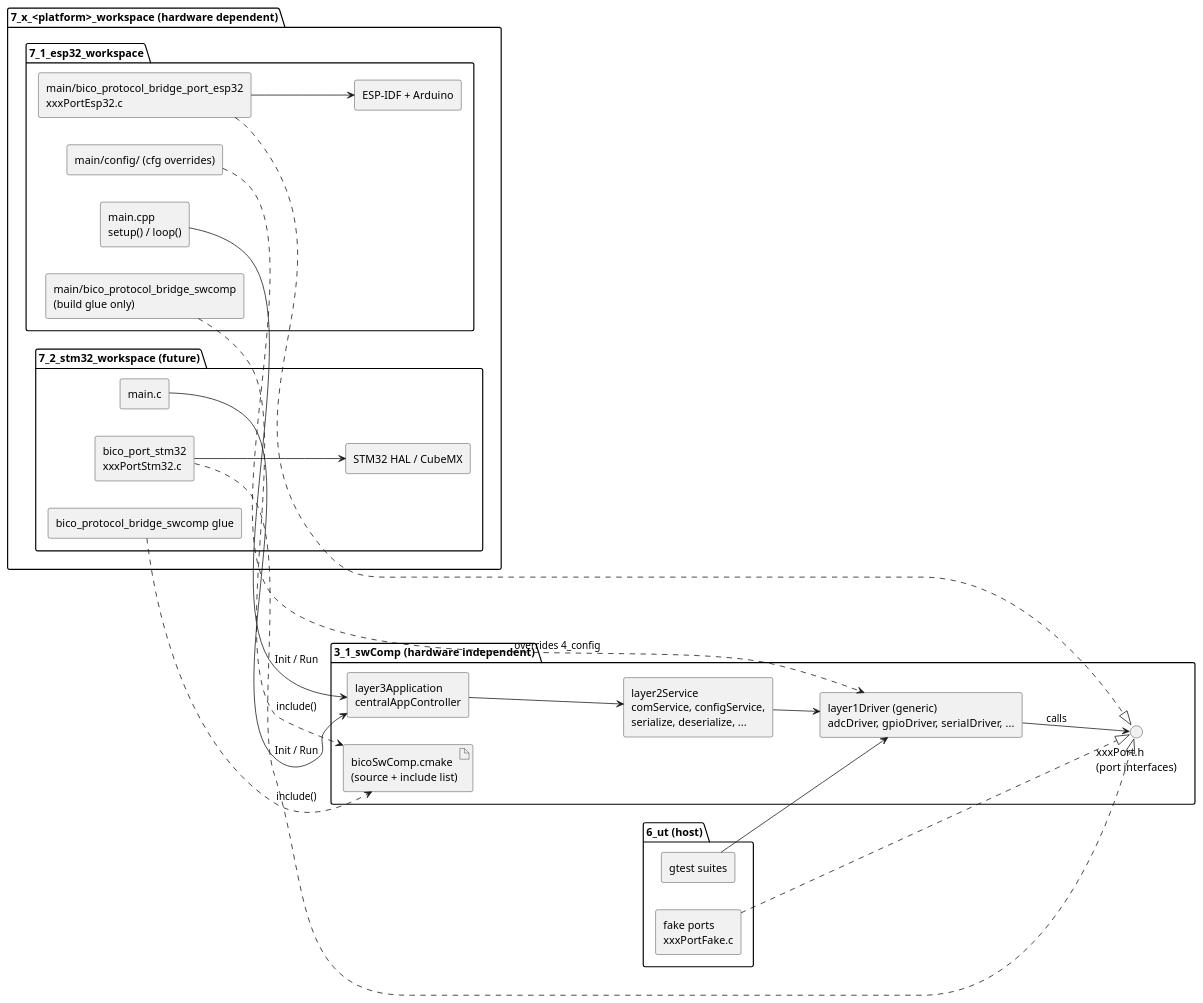
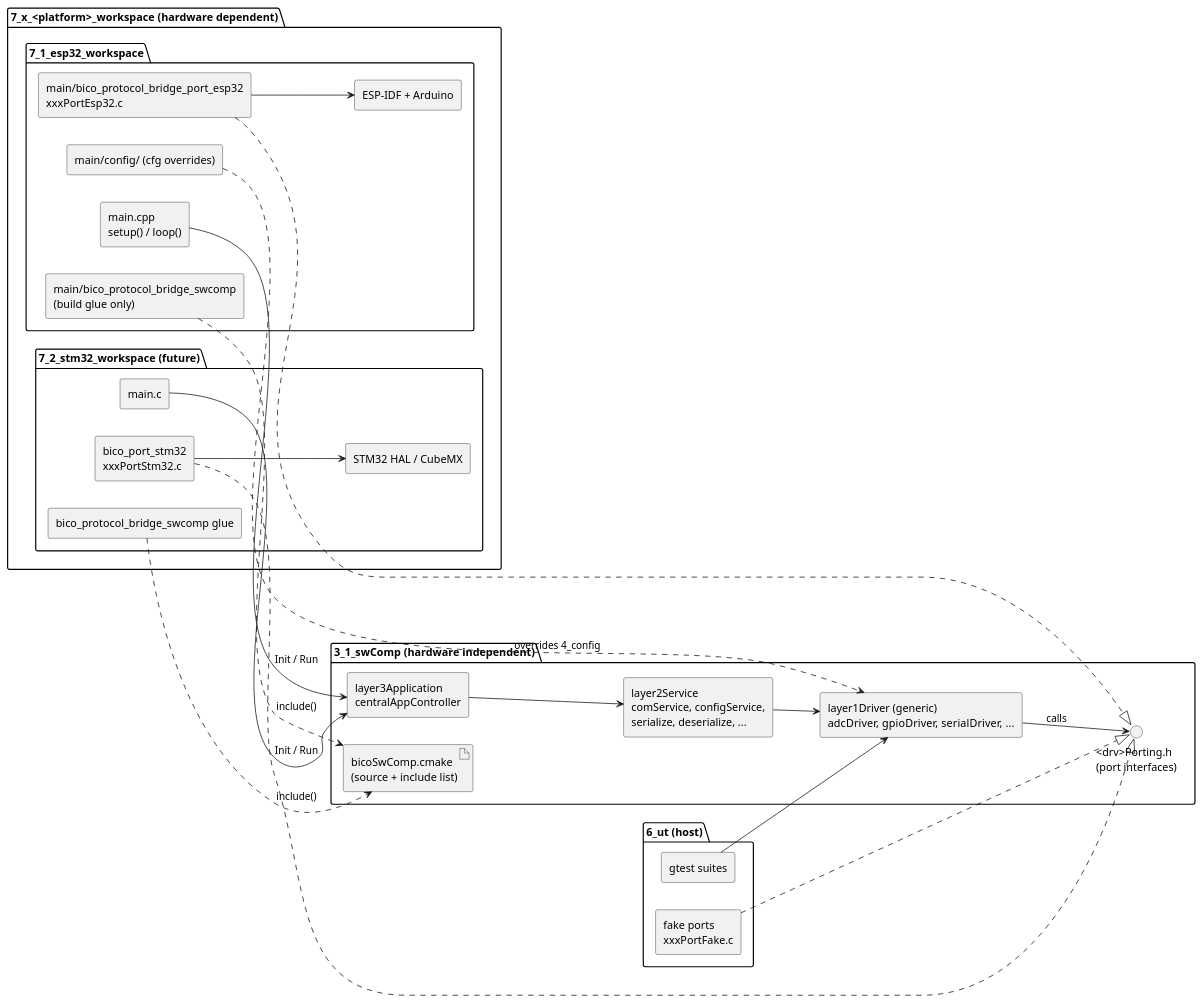
The diagram in 2_architecture/deploymentView/deploymentOverview.puml (LinhTrucVo/Bico_Protocol_Bridge), drawn with PlantUML before and after one commit. The commit also changed 40 other files, not shown here.

```diff
--- a/2_architecture/deploymentView/deploymentOverview.puml
+++ b/2_architecture/deploymentView/deploymentOverview.puml
@@ -1,49 +1,49 @@
 @startuml deploymentOverview
 skinparam componentStyle rectangle
 skinparam packageStyle folder
 left to right direction
 
 package "3_1_swComp (hardware independent)" as SW {
   component "layer3Application\ncentralAppController" as L3
   component "layer2Service\ncomService, configService,\nserialize, deserialize, ..." as L2
   component "layer1Driver (generic)\nadcDriver, gpioDriver, serialDriver, ..." as L1
-  interface "xxxPort.h\n(port interfaces)" as PORT
+  interface "<drv>Porting.h\n(port interfaces)" as PORT
   artifact "bicoSwComp.cmake\n(source + include list)" as LIST
   L3 --> L2
   L2 --> L1
   L1 --> PORT : calls
 }
 
 package "7_x_<platform>_workspace (hardware dependent)" as WS {
   package "7_1_esp32_workspace" as ESP {
     component "main.cpp\nsetup() / loop()" as ESPMAIN
     component "main/bico_protocol_bridge_swcomp\n(build glue only)" as ESPGLUE
     component "main/bico_protocol_bridge_port_esp32\nxxxPortEsp32.c" as ESPPORT
     component "main/config/ (cfg overrides)" as ESPCFG
     component "ESP-IDF + Arduino" as IDF
     ESPMAIN --> L3 : Init / Run
     ESPPORT --> IDF
   }
   package "7_2_stm32_workspace (future)" as STM {
     component "main.c" as STMMAIN
     component "bico_protocol_bridge_swcomp glue" as STMGLUE
     component "bico_port_stm32\nxxxPortStm32.c" as STMPORT
     component "STM32 HAL / CubeMX" as HAL
     STMMAIN --> L3 : Init / Run
     STMPORT --> HAL
   }
 }
 
 package "6_ut (host)" as UT {
   component "gtest suites" as GT
   component "fake ports\nxxxPortFake.c" as FAKE
 }
 
 ESPGLUE ..> LIST : include()
 STMGLUE ..> LIST : include()
 ESPPORT ..|> PORT
 STMPORT ..|> PORT
 FAKE ..|> PORT
 ESPCFG ..> L1 : overrides 4_config
 GT --> L1
 @enduml
```
